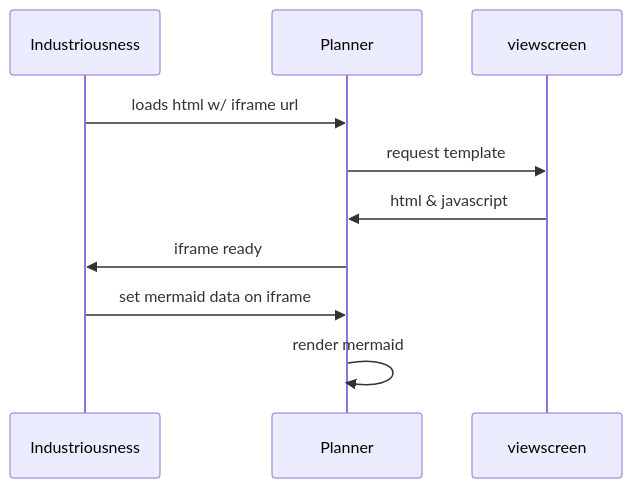
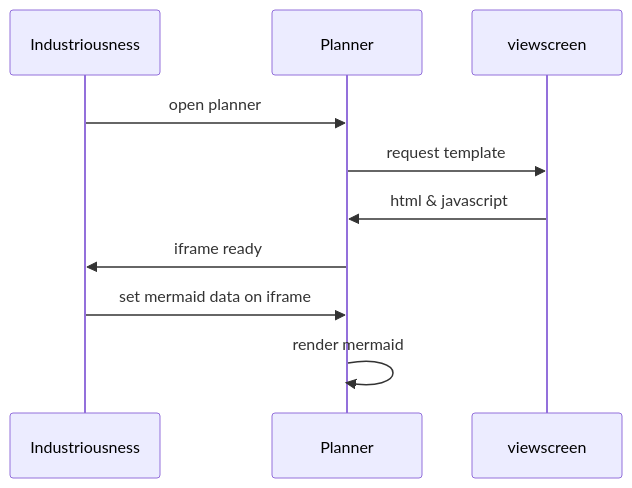
One commit to vanHeemstraSystems/industriousness changed the second of 2 diagrams in 300/README.md. Above: the diagram before and after it, drawn with Mermaid.

````diff
--- a/300/README.md
+++ b/300/README.md
@@ -21,12 +21,12 @@
 ```mermaid
 sequenceDiagram
     participant Industriousness
     participant Planner
     participant viewscreen
-    Industriousness->>Planner: loads html w/ iframe url
+    Industriousness->>Planner: open planner
     Planner->>viewscreen: request template
     viewscreen->>Planner: html & javascript
     Planner->>Industriousness: iframe ready
     Industriousness->>Planner: set mermaid data on iframe
     Planner->>Planner: render mermaid
 ```
````
